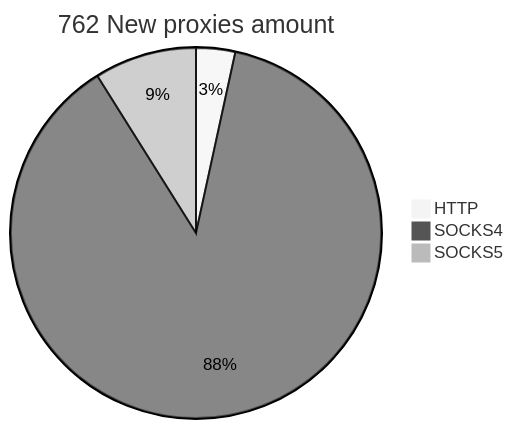
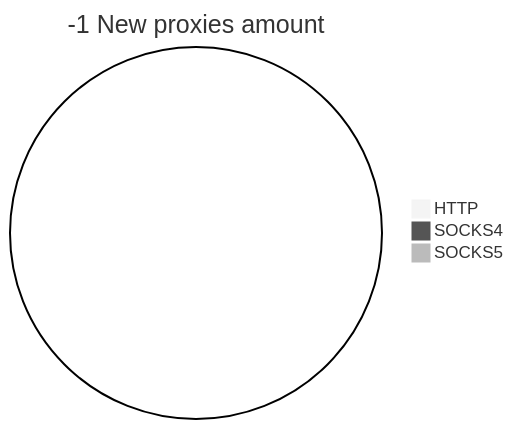
One commit to cutipu/proxylist changed the second of 2 diagrams in README.md. Above: the diagram before and after it, drawn with Mermaid (neutral theme). The commit also changed other lines of this file, not shown here.

````diff
--- a/README.md
+++ b/README.md
@@ -10,6 +10,6 @@
 ```mermaid
-pie title 762 New proxies amount
-    "HTTP" : 26
-    "SOCKS4" : 668
-    "SOCKS5" : 68
+pie title -1 New proxies amount
+    "HTTP" : 0
+    "SOCKS4" : 0
+    "SOCKS5" : 0
 ```
````
